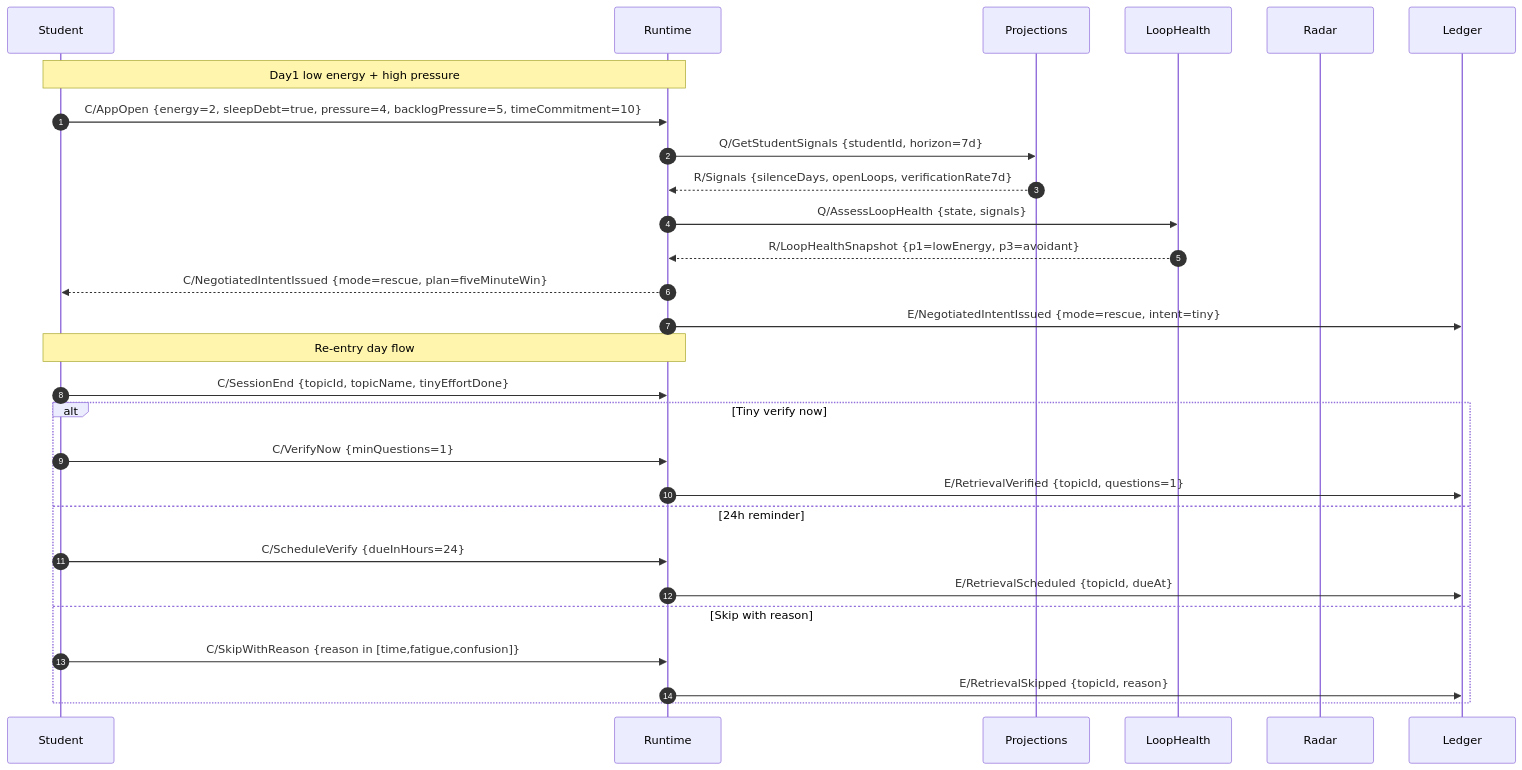
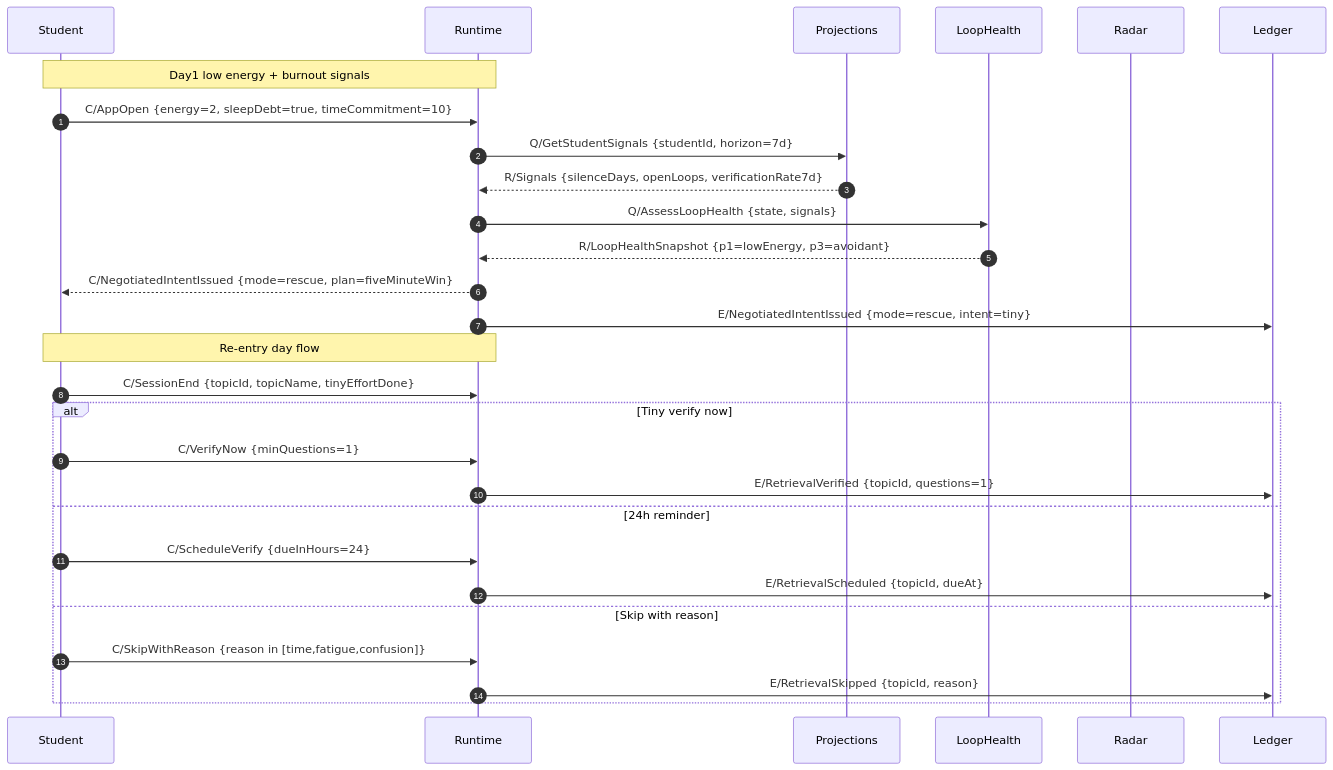
Before and after one commit to Mukul1312/ELI: the third of 4 diagrams in docs/engineering-ddd-design/05-domain-message-flows-storyboards.md, drawn with Mermaid. The commit also changed other lines of this file and 47 other files, not shown here.

````diff
--- a/docs/engineering-ddd-design/05-domain-message-flows-storyboards.md
+++ b/docs/engineering-ddd-design/05-domain-message-flows-storyboards.md
@@ -139,32 +140,32 @@
 ```mermaid
 sequenceDiagram
     autonumber
     participant Student
     participant Runtime
     participant Projections
     participant LoopHealth
     participant Radar
     participant Ledger
 
-    Note over Student,Runtime: Day1 low energy + high pressure
-    Student->>Runtime: C/AppOpen {energy=2, sleepDebt=true, pressure=4, backlogPressure=5, timeCommitment=10}
+    Note over Student,Runtime: Day1 low energy + burnout signals
+    Student->>Runtime: C/AppOpen {energy=2, sleepDebt=true, timeCommitment=10}
     Runtime->>Projections: Q/GetStudentSignals {studentId, horizon=7d}
     Projections-->>Runtime: R/Signals {silenceDays, openLoops, verificationRate7d}
     Runtime->>LoopHealth: Q/AssessLoopHealth {state, signals}
     LoopHealth-->>Runtime: R/LoopHealthSnapshot {p1=lowEnergy, p3=avoidant}
     Runtime-->>Student: C/NegotiatedIntentIssued {mode=rescue, plan=fiveMinuteWin}
     Runtime->>Ledger: E/NegotiatedIntentIssued {mode=rescue, intent=tiny}
 
     Note over Student,Runtime: Re-entry day flow
     Student->>Runtime: C/SessionEnd {topicId, topicName, tinyEffortDone}
     alt Tiny verify now
         Student->>Runtime: C/VerifyNow {minQuestions=1}
         Runtime->>Ledger: E/RetrievalVerified {topicId, questions=1}
     else 24h reminder
         Student->>Runtime: C/ScheduleVerify {dueInHours=24}
         Runtime->>Ledger: E/RetrievalScheduled {topicId, dueAt}
     else Skip with reason
         Student->>Runtime: C/SkipWithReason {reason in [time,fatigue,confusion]}
         Runtime->>Ledger: E/RetrievalSkipped {topicId, reason}
     end
 ```
````
